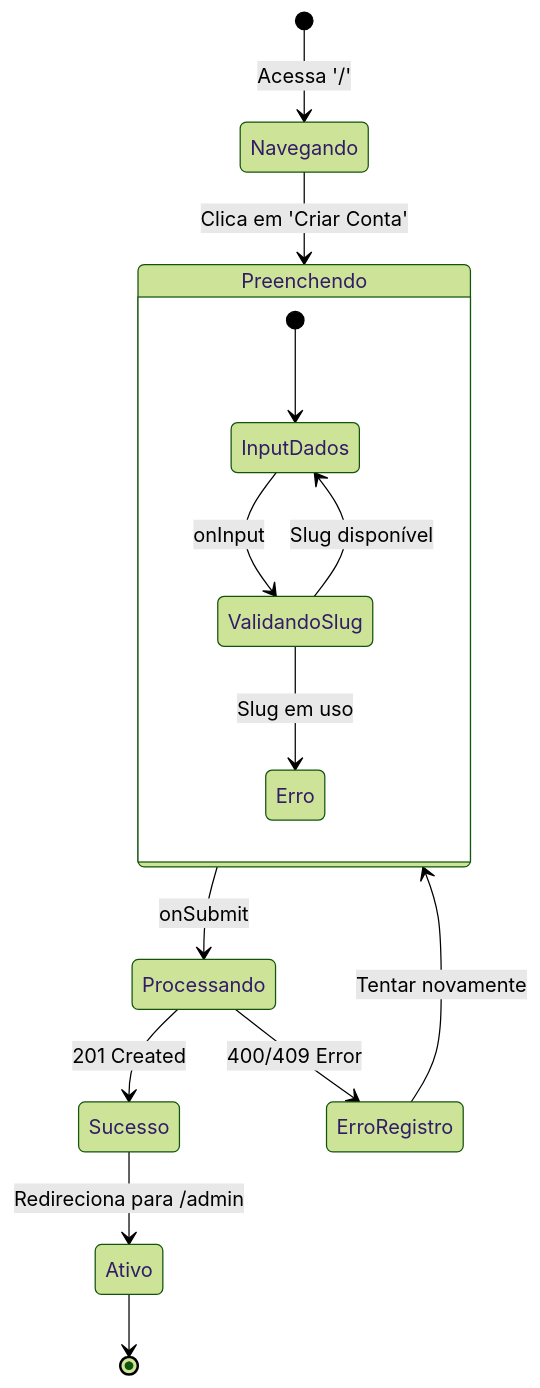
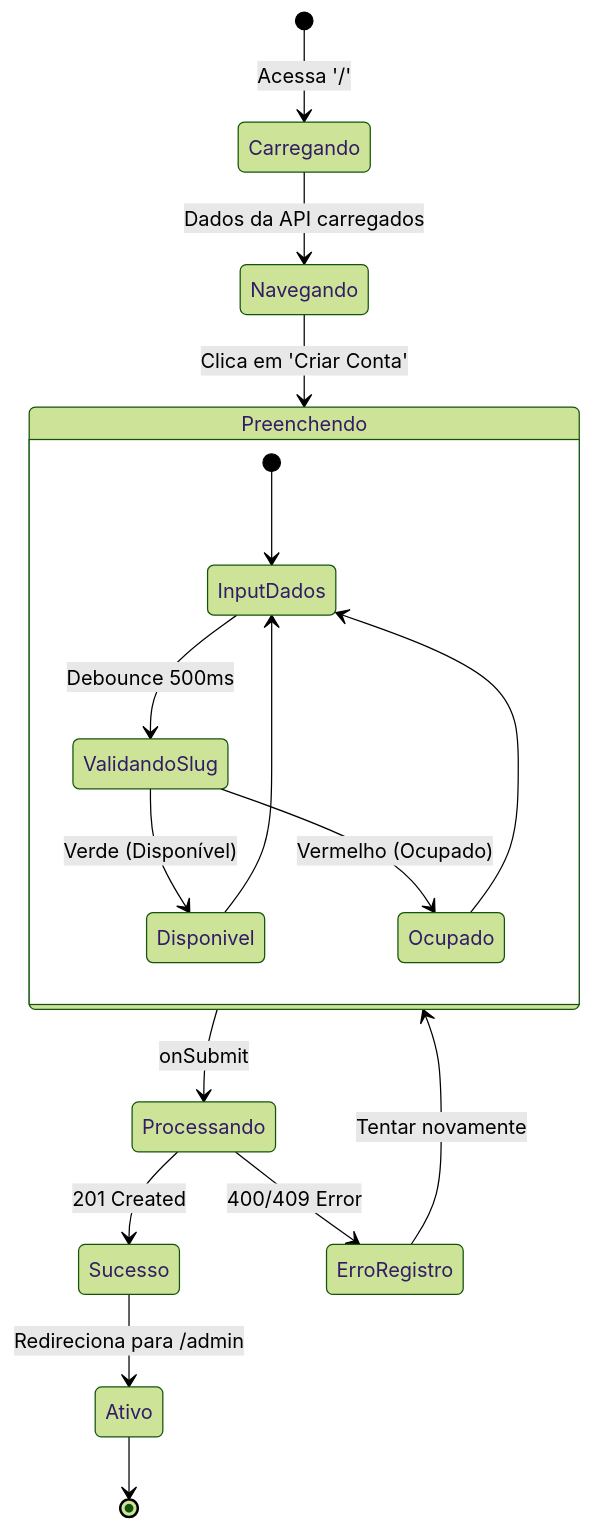
Before and after one commit to pach3c0/fs-saas: the fifth of 5 diagrams in skills/1_5_landingpage.md, drawn with Mermaid (forest theme). The commit also changed other lines of this file and 11 other files, not shown here.

````diff
--- a/skills/1_5_landingpage.md
+++ b/skills/1_5_landingpage.md
@@ -136,20 +145,23 @@
 ```mermaid
 stateDiagram-v2
-    [*] --> Navegando: Acessa '/'
+    [*] --> Carregando: Acessa '/'
+    Carregando --> Navegando: Dados da API carregados
     Navegando --> Preenchendo: Clica em 'Criar Conta'
     
     state Preenchendo {
         [*] --> InputDados
-        InputDados --> ValidandoSlug: onInput
-        ValidandoSlug --> InputDados: Slug disponível
-        ValidandoSlug --> Erro: Slug em uso
+        InputDados --> ValidandoSlug: Debounce 500ms
+        ValidandoSlug --> Disponivel: Verde (Disponível)
+        ValidandoSlug --> Ocupado: Vermelho (Ocupado)
+        Disponivel --> InputDados
+        Ocupado --> InputDados
     }
     
     Preenchendo --> Processando: onSubmit
     Processando --> Sucesso: 201 Created
     Processando --> ErroRegistro: 400/409 Error
     
     ErroRegistro --> Preenchendo: Tentar novamente
     Sucesso --> Ativo: Redireciona para /admin
     Ativo --> [*]
 ```
````
